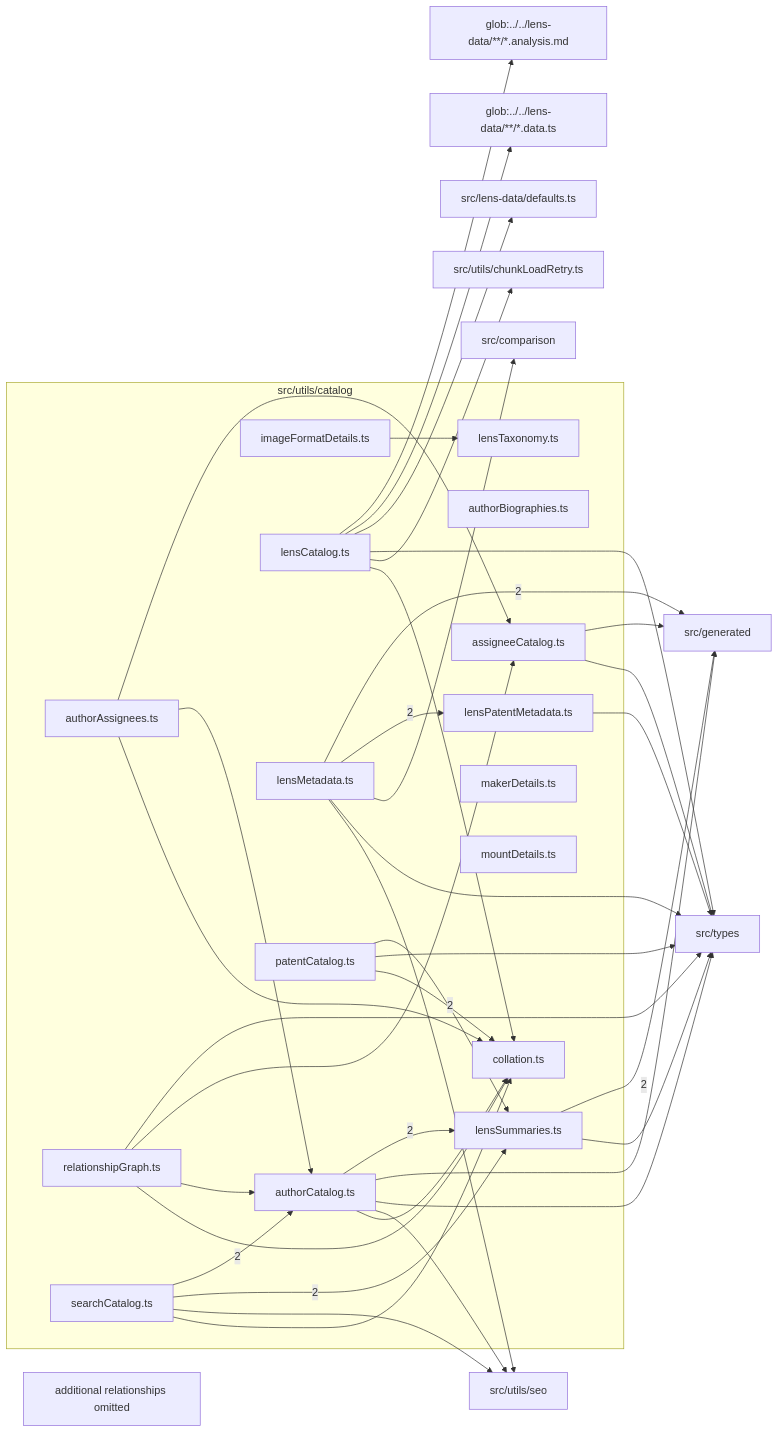
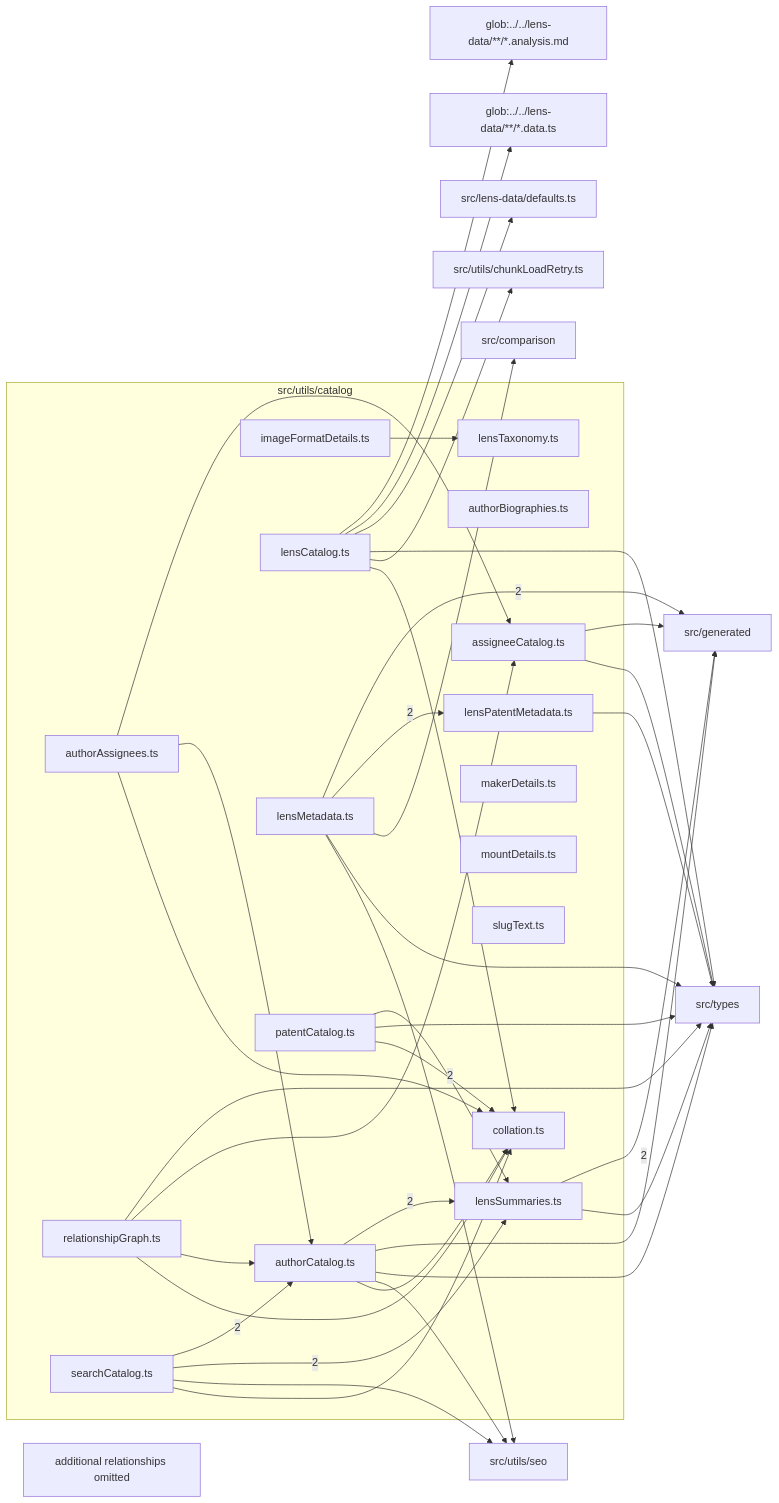
Before and after one commit to ronbuening/LensVisualizer: the diagram in src/utils/catalog/readme.md, drawn with Mermaid. The commit also changed other lines of this file and 7 other files, not shown here.

Commit message:
Share catalog slug and hash helpers

````diff
--- a/src/utils/catalog/readme.md
+++ b/src/utils/catalog/readme.md
@@ -9,66 +9,67 @@
 ```mermaid
 flowchart LR
   subgraph n_src_utils_catalog["src/utils/catalog"]
     n_src_utils_catalog_src_utils_catalog_assigneeCatalog_ts["assigneeCatalog.ts"]
     n_src_utils_catalog_src_utils_catalog_authorAssignees_ts["authorAssignees.ts"]
     n_src_utils_catalog_src_utils_catalog_authorBiographies_ts["authorBiographies.ts"]
     n_src_utils_catalog_src_utils_catalog_authorCatalog_ts["authorCatalog.ts"]
     n_src_utils_catalog_src_utils_catalog_collation_ts["collation.ts"]
     n_src_utils_catalog_src_utils_catalog_imageFormatDetails_ts["imageFormatDetails.ts"]
     n_src_utils_catalog_src_utils_catalog_lensCatalog_ts["lensCatalog.ts"]
     n_src_utils_catalog_src_utils_catalog_lensMetadata_ts["lensMetadata.ts"]
     n_src_utils_catalog_src_utils_catalog_lensPatentMetadata_ts["lensPatentMetadata.ts"]
     n_src_utils_catalog_src_utils_catalog_lensSummaries_ts["lensSummaries.ts"]
     n_src_utils_catalog_src_utils_catalog_lensTaxonomy_ts["lensTaxonomy.ts"]
     n_src_utils_catalog_src_utils_catalog_makerDetails_ts["makerDetails.ts"]
     n_src_utils_catalog_src_utils_catalog_mountDetails_ts["mountDetails.ts"]
     n_src_utils_catalog_src_utils_catalog_patentCatalog_ts["patentCatalog.ts"]
     n_src_utils_catalog_src_utils_catalog_relationshipGraph_ts["relationshipGraph.ts"]
     n_src_utils_catalog_src_utils_catalog_searchCatalog_ts["searchCatalog.ts"]
+    n_src_utils_catalog_src_utils_catalog_slugText_ts["slugText.ts"]
   end
   n_external_src_generated["src/generated"]
   n_external_glob_______lens_data______analysis_md["glob:../../lens-data/**/*.analysis.md"]
   n_external_glob_______lens_data______data_ts["glob:../../lens-data/**/*.data.ts"]
   n_external_src_comparison["src/comparison"]
   n_external_src_lens_data_defaults_ts["src/lens-data/defaults.ts"]
   n_external_src_types["src/types"]
   n_external_src_utils_chunkLoadRetry_ts["src/utils/chunkLoadRetry.ts"]
   n_external_src_utils_seo["src/utils/seo"]
   n_src_utils_catalog_src_utils_catalog_lensMetadata_ts --> |2| n_external_src_generated
   n_src_utils_catalog_src_utils_catalog_lensSummaries_ts --> |2| n_external_src_generated
   n_src_utils_catalog_src_utils_catalog_searchCatalog_ts --> |2| n_src_utils_catalog_src_utils_catalog_authorCatalog_ts
   n_src_utils_catalog_src_utils_catalog_lensMetadata_ts --> |2| n_src_utils_catalog_src_utils_catalog_lensPatentMetadata_ts
   n_src_utils_catalog_src_utils_catalog_authorCatalog_ts --> |2| n_src_utils_catalog_src_utils_catalog_lensSummaries_ts
   n_src_utils_catalog_src_utils_catalog_patentCatalog_ts --> |2| n_src_utils_catalog_src_utils_catalog_lensSummaries_ts
   n_src_utils_catalog_src_utils_catalog_searchCatalog_ts --> |2| n_src_utils_catalog_src_utils_catalog_lensSummaries_ts
   n_src_utils_catalog_src_utils_catalog_lensCatalog_ts --> n_external_glob_______lens_data______analysis_md
   n_src_utils_catalog_src_utils_catalog_lensCatalog_ts --> n_external_glob_______lens_data______data_ts
   n_src_utils_catalog_src_utils_catalog_lensMetadata_ts --> n_external_src_comparison
   n_src_utils_catalog_src_utils_catalog_assigneeCatalog_ts --> n_external_src_generated
   n_src_utils_catalog_src_utils_catalog_authorCatalog_ts --> n_external_src_generated
   n_src_utils_catalog_src_utils_catalog_lensCatalog_ts --> n_external_src_lens_data_defaults_ts
   n_src_utils_catalog_src_utils_catalog_assigneeCatalog_ts --> n_external_src_types
   n_src_utils_catalog_src_utils_catalog_authorCatalog_ts --> n_external_src_types
   n_src_utils_catalog_src_utils_catalog_lensCatalog_ts --> n_external_src_types
   n_src_utils_catalog_src_utils_catalog_lensMetadata_ts --> n_external_src_types
   n_src_utils_catalog_src_utils_catalog_lensPatentMetadata_ts --> n_external_src_types
   n_src_utils_catalog_src_utils_catalog_lensSummaries_ts --> n_external_src_types
   n_src_utils_catalog_src_utils_catalog_patentCatalog_ts --> n_external_src_types
   n_src_utils_catalog_src_utils_catalog_relationshipGraph_ts --> n_external_src_types
   n_src_utils_catalog_src_utils_catalog_lensCatalog_ts --> n_external_src_utils_chunkLoadRetry_ts
   n_src_utils_catalog_src_utils_catalog_authorCatalog_ts --> n_external_src_utils_seo
   n_src_utils_catalog_src_utils_catalog_lensMetadata_ts --> n_external_src_utils_seo
   n_src_utils_catalog_src_utils_catalog_searchCatalog_ts --> n_external_src_utils_seo
   n_src_utils_catalog_src_utils_catalog_authorAssignees_ts --> n_src_utils_catalog_src_utils_catalog_assigneeCatalog_ts
   n_src_utils_catalog_src_utils_catalog_relationshipGraph_ts --> n_src_utils_catalog_src_utils_catalog_assigneeCatalog_ts
   n_src_utils_catalog_src_utils_catalog_authorAssignees_ts --> n_src_utils_catalog_src_utils_catalog_authorCatalog_ts
   n_src_utils_catalog_src_utils_catalog_relationshipGraph_ts --> n_src_utils_catalog_src_utils_catalog_authorCatalog_ts
   n_src_utils_catalog_src_utils_catalog_authorAssignees_ts --> n_src_utils_catalog_src_utils_catalog_collation_ts
   n_src_utils_catalog_src_utils_catalog_authorCatalog_ts --> n_src_utils_catalog_src_utils_catalog_collation_ts
   n_src_utils_catalog_src_utils_catalog_lensCatalog_ts --> n_src_utils_catalog_src_utils_catalog_collation_ts
   n_src_utils_catalog_src_utils_catalog_patentCatalog_ts --> n_src_utils_catalog_src_utils_catalog_collation_ts
   n_src_utils_catalog_src_utils_catalog_relationshipGraph_ts --> n_src_utils_catalog_src_utils_catalog_collation_ts
   n_src_utils_catalog_src_utils_catalog_searchCatalog_ts --> n_src_utils_catalog_src_utils_catalog_collation_ts
   n_src_utils_catalog_src_utils_catalog_imageFormatDetails_ts --> n_src_utils_catalog_src_utils_catalog_lensTaxonomy_ts
   n_src_utils_catalog_truncated["additional relationships omitted"]
 ```
````
